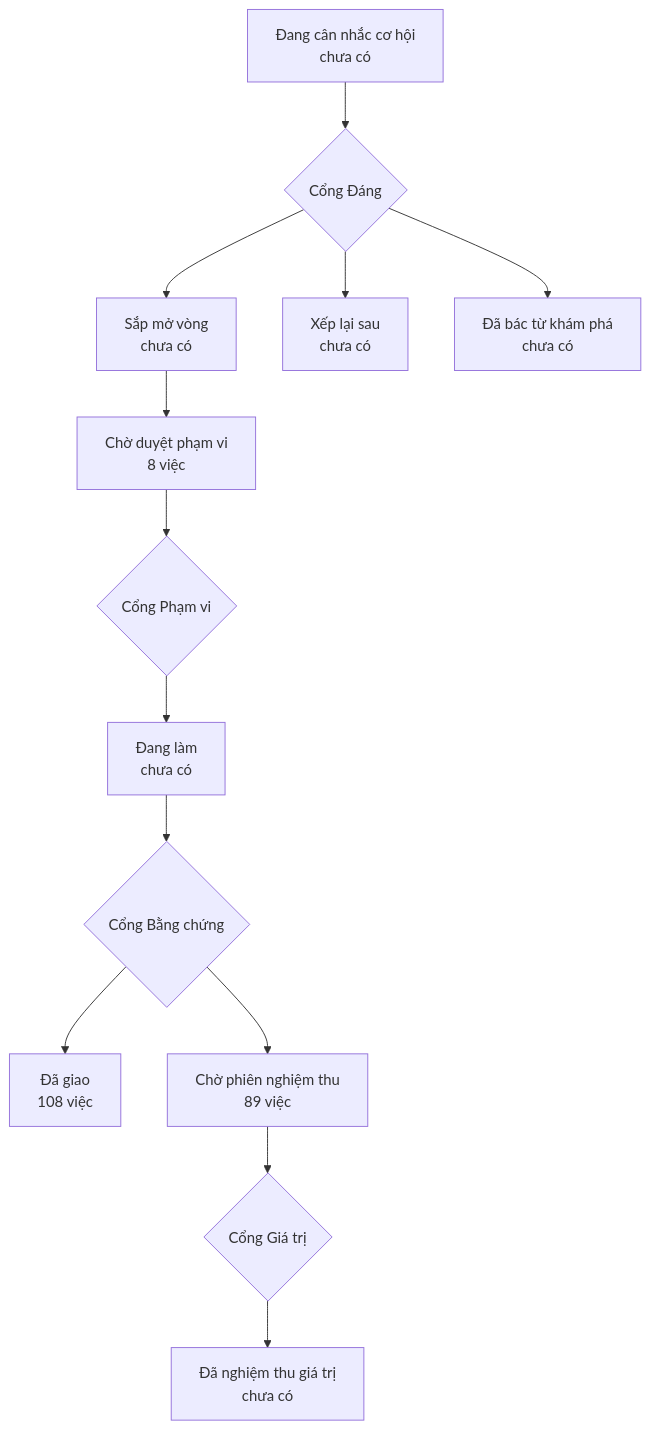
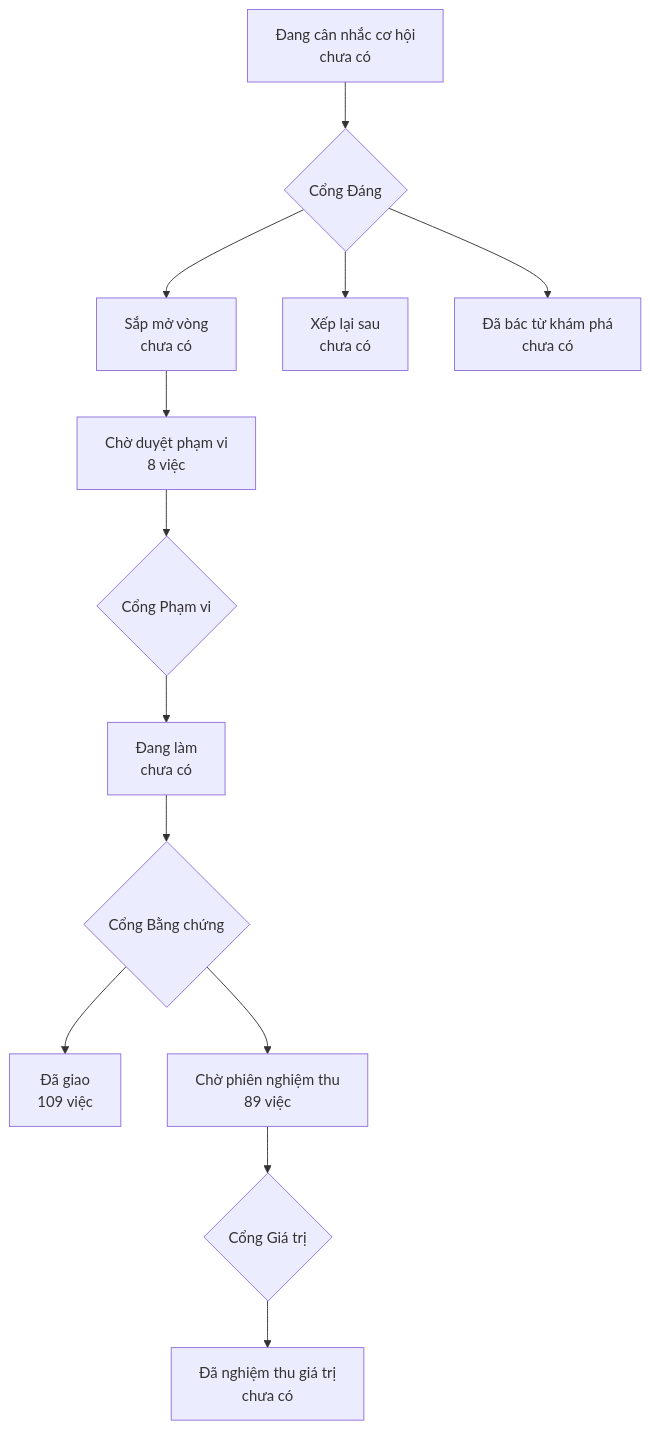
One commit to phanlemanh/onehub-invest changed the diagram in PRODUCT-MAP.md. Above: the diagram before and after it, drawn with Mermaid. The commit also changed other lines of this file and 1 other file, not shown here.

Commit message:
chore(nhan-bac-model-lon-s03): vẽ lại bản đồ sau gộp main a791b4dd

````diff
--- a/PRODUCT-MAP.md
+++ b/PRODUCT-MAP.md
@@ -7,12 +7,12 @@
 ```mermaid
 flowchart TD
   A["Đang cân nhắc cơ hội<br/>chưa có"] --> GD{"Cổng Đáng"}
   GD --> B["Sắp mở vòng<br/>chưa có"]
   GD --> XL["Xếp lại sau<br/>chưa có"]
   GD --> DB["Đã bác từ khám phá<br/>chưa có"]
   B --> CD["Chờ duyệt phạm vi<br/>8 việc"] --> GP{"Cổng Phạm vi"}
   GP --> DL["Đang làm<br/>chưa có"] --> GB{"Cổng Bằng chứng"}
-  GB --> DG["Đã giao<br/>108 việc"]
+  GB --> DG["Đã giao<br/>109 việc"]
   GB --> CN["Chờ phiên nghiệm thu<br/>89 việc"] --> GG{"Cổng Giá trị"}
   GG --> NT["Đã nghiệm thu giá trị<br/>chưa có"]
 ```
````
